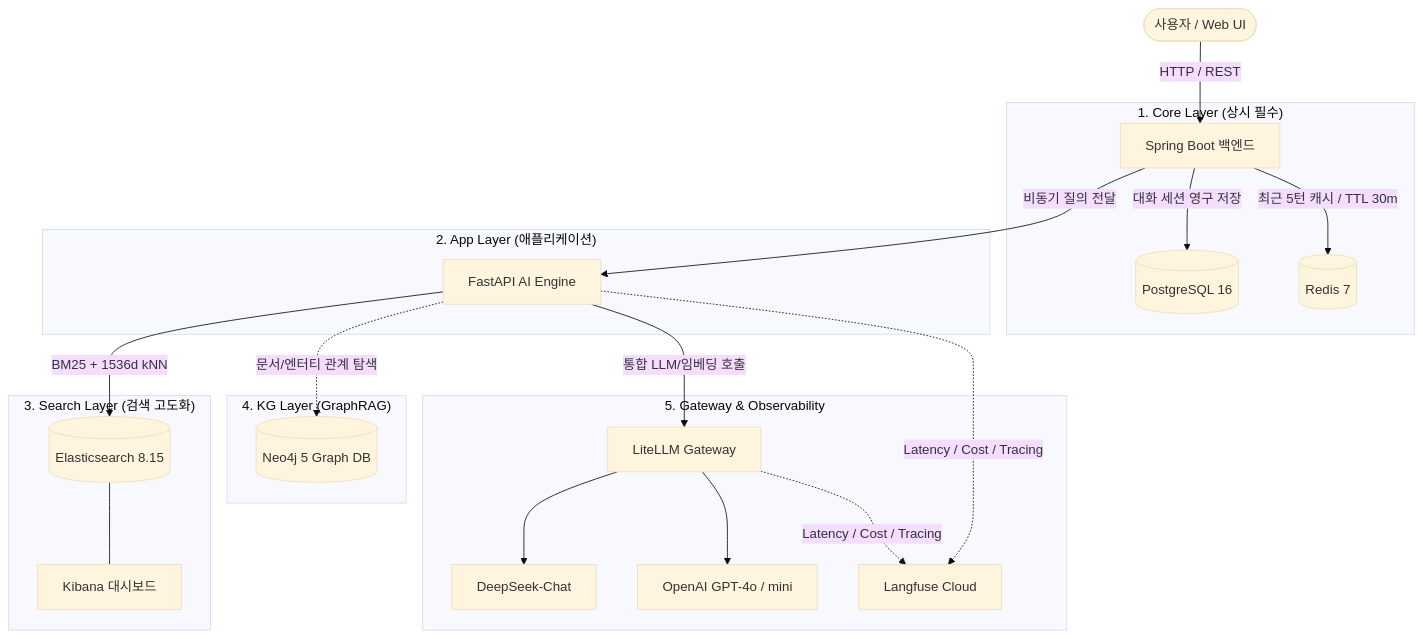
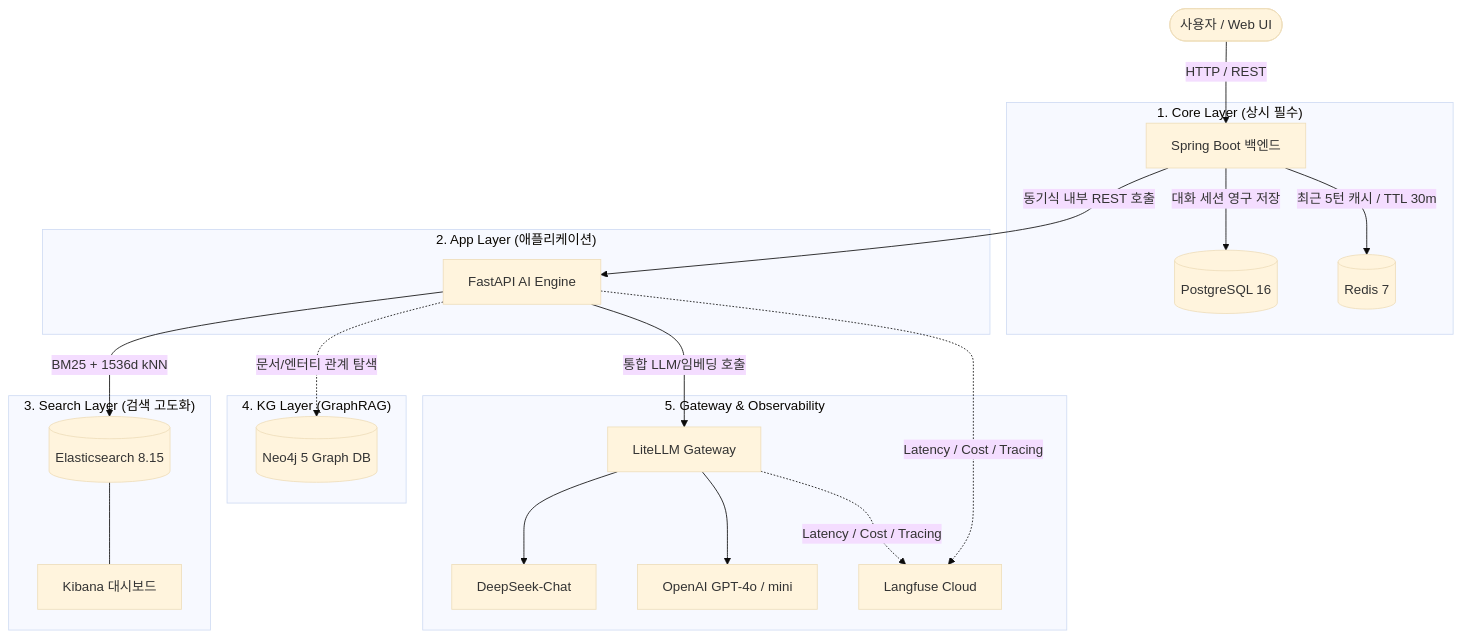
Before and after one commit to Yiji-1015/confluence-kg-chatbot: the diagram in README.md, drawn with Mermaid (base theme). The commit also changed other lines of this file and 4 other files, not shown here.

````diff
--- a/README.md
+++ b/README.md
@@ -20,29 +20,29 @@
 ```mermaid
 graph TD
     Client([사용자 / Web UI]) -->|HTTP / REST| Backend[Spring Boot 백엔드]
     
     subgraph Core ["1. Core Layer (상시 필수)"]
         Backend -->|대화 세션 영구 저장| PG[(PostgreSQL 16)]
         Backend -->|최근 5턴 캐시 / TTL 30m| Redis[(Redis 7)]
     end
     
     subgraph App ["2. App Layer (애플리케이션)"]
-        Backend -->|비동기 질의 전달| AIEngine[FastAPI AI Engine]
+        Backend -->|동기식 내부 REST 호출| AIEngine[FastAPI AI Engine]
     end
     
     subgraph Search ["3. Search Layer (검색 고도화)"]
         AIEngine -->|BM25 + 1536d kNN| ES[(Elasticsearch 8.15)]
         ES --- Kibana[Kibana 대시보드]
     end
     
     subgraph KG ["4. KG Layer (GraphRAG)"]
         AIEngine -.->|문서/엔터티 관계 탐색| Neo4j[(Neo4j 5 Graph DB)]
     end
     
     subgraph Obs ["5. Gateway & Observability"]
         AIEngine -->|통합 LLM/임베딩 호출| LiteLLM[LiteLLM Gateway]
         LiteLLM --> DeepSeek[DeepSeek-Chat]
         LiteLLM --> GPT4o[OpenAI GPT-4o / mini]
         AIEngine & LiteLLM -.->|Latency / Cost / Tracing| Langfuse[Langfuse Cloud]
     end
 ```
````
